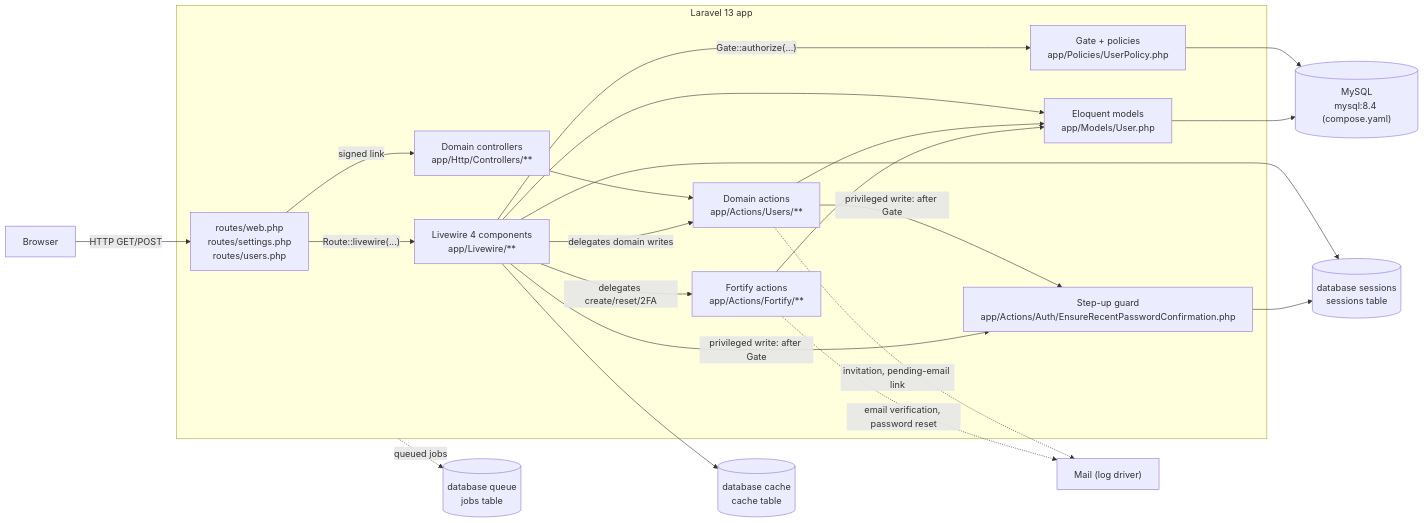
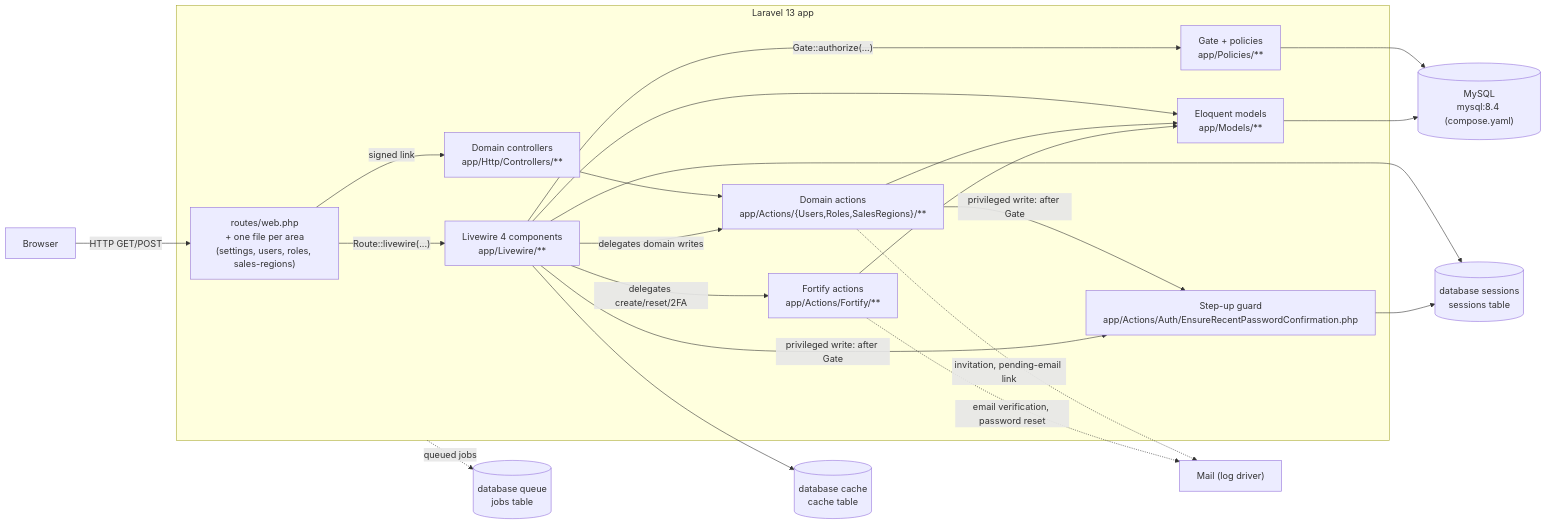
Before and after one commit to LIDR-academy/AI4Devs-finalproject: the diagram in arospe/docs/architecture/overview.md, drawn with Mermaid. The commit also changed other lines of this file and 12 other files, not shown here.

````diff
--- a/arospe/docs/architecture/overview.md
+++ b/arospe/docs/architecture/overview.md
@@ -25,42 +25,42 @@
 ```mermaid
 flowchart LR
     Browser["Browser"]
 
     subgraph Laravel["Laravel 13 app"]
-        Routes["routes/web.php\nroutes/settings.php\nroutes/users.php"]
+        Routes["routes/web.php\n+ one file per area\n(settings, users, roles, sales-regions)"]
         Livewire["Livewire 4 components\napp/Livewire/**"]
         Controllers["Domain controllers\napp/Http/Controllers/**"]
-        Gate["Gate + policies\napp/Policies/UserPolicy.php"]
+        Gate["Gate + policies\napp/Policies/**"]
         StepUp["Step-up guard\napp/Actions/Auth/EnsureRecentPasswordConfirmation.php"]
         Fortify["Fortify actions\napp/Actions/Fortify/**"]
-        Actions["Domain actions\napp/Actions/Users/**"]
-        Models["Eloquent models\napp/Models/User.php"]
+        Actions["Domain actions\napp/Actions/{Users,Roles,SalesRegions}/**"]
+        Models["Eloquent models\napp/Models/**"]
     end
 
     DB[("MySQL\nmysql:8.4 (compose.yaml)")]
     Queue[("database queue\njobs table")]
     Session[("database sessions\nsessions table")]
     Cache[("database cache\ncache table")]
     Mail["Mail (log driver)"]
 
     Browser -->|"HTTP GET/POST"| Routes
     Routes -->|"Route::livewire(...)"| Livewire
     Routes -->|"signed link"| Controllers
     Livewire -->|"Gate::authorize(...)"| Gate
     Livewire -->|"delegates create/reset/2FA"| Fortify
     Livewire -->|"delegates domain writes"| Actions
     Livewire -->|"privileged write: after Gate"| StepUp
     Actions -->|"privileged write: after Gate"| StepUp
     StepUp --> Session
     Controllers --> Actions
     Fortify --> Models
     Actions --> Models
     Livewire --> Models
     Models --> DB
     Gate --> DB
     Livewire --> Session
     Livewire --> Cache
     Fortify -.->|"email verification, password reset"| Mail
     Actions -.->|"invitation, pending-email link"| Mail
     Laravel -.->|"queued jobs"| Queue
 ```
````
